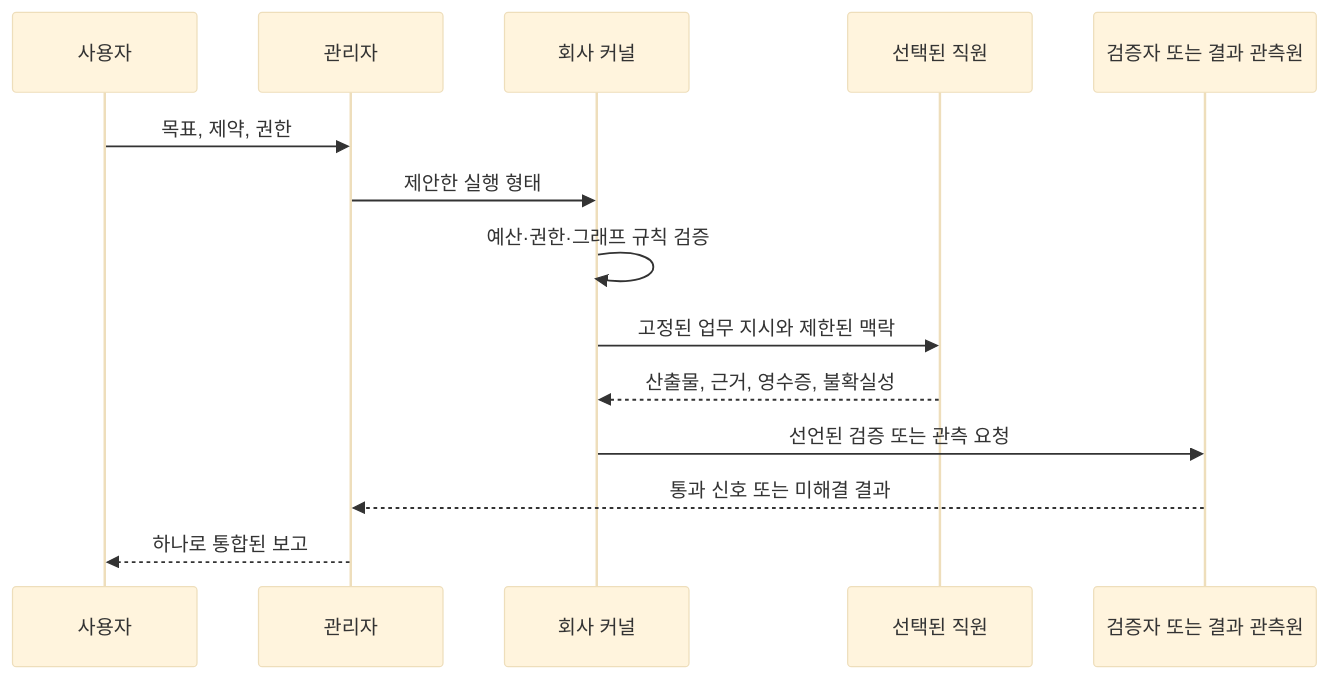
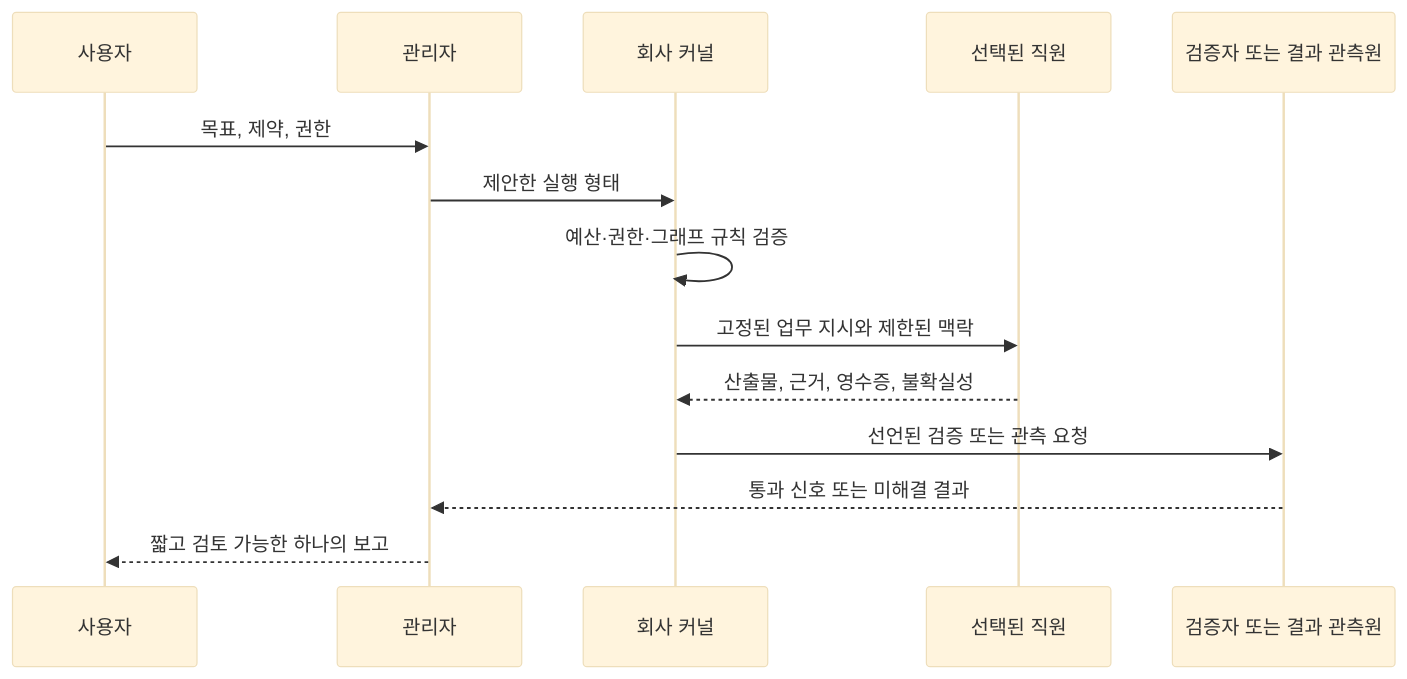
One commit to j6t22t4gy4-spec/noruct changed the second of 3 diagrams in docs/ko/01-dynamic-firm-runtime.md. Above: the diagram before and after it, drawn with Mermaid (base theme). The commit also changed other lines of this file and 20 other files, not shown here.

````diff
--- a/docs/ko/01-dynamic-firm-runtime.md
+++ b/docs/ko/01-dynamic-firm-runtime.md
@@ -80,16 +80,16 @@
 ```mermaid
 sequenceDiagram
   participant U as 사용자
   participant M as 관리자
   participant K as 회사 커널
   participant E as 선택된 직원
   participant V as 검증자 또는 결과 관측원
   U->>M: 목표, 제약, 권한
   M->>K: 제안한 실행 형태
   K->>K: 예산·권한·그래프 규칙 검증
   K->>E: 고정된 업무 지시와 제한된 맥락
   E-->>K: 산출물, 근거, 영수증, 불확실성
   K->>V: 선언된 검증 또는 관측 요청
   V-->>M: 통과 신호 또는 미해결 결과
-  M-->>U: 하나로 통합된 보고
+  M-->>U: 짧고 검토 가능한 하나의 보고
 ```
````
